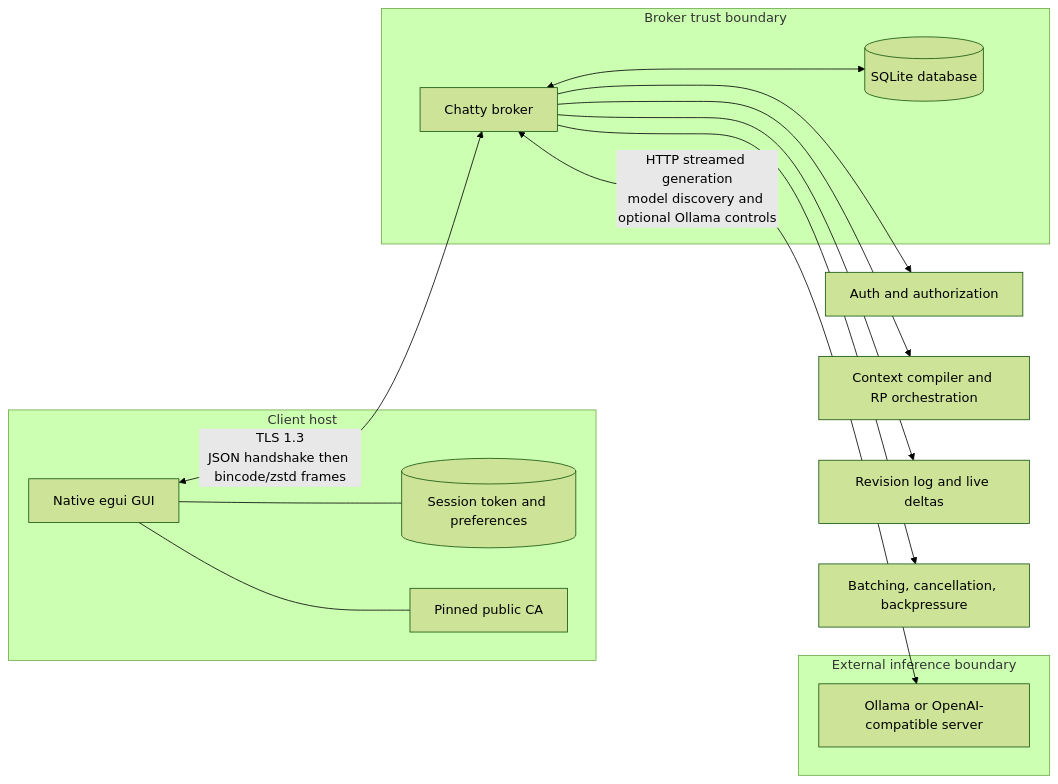
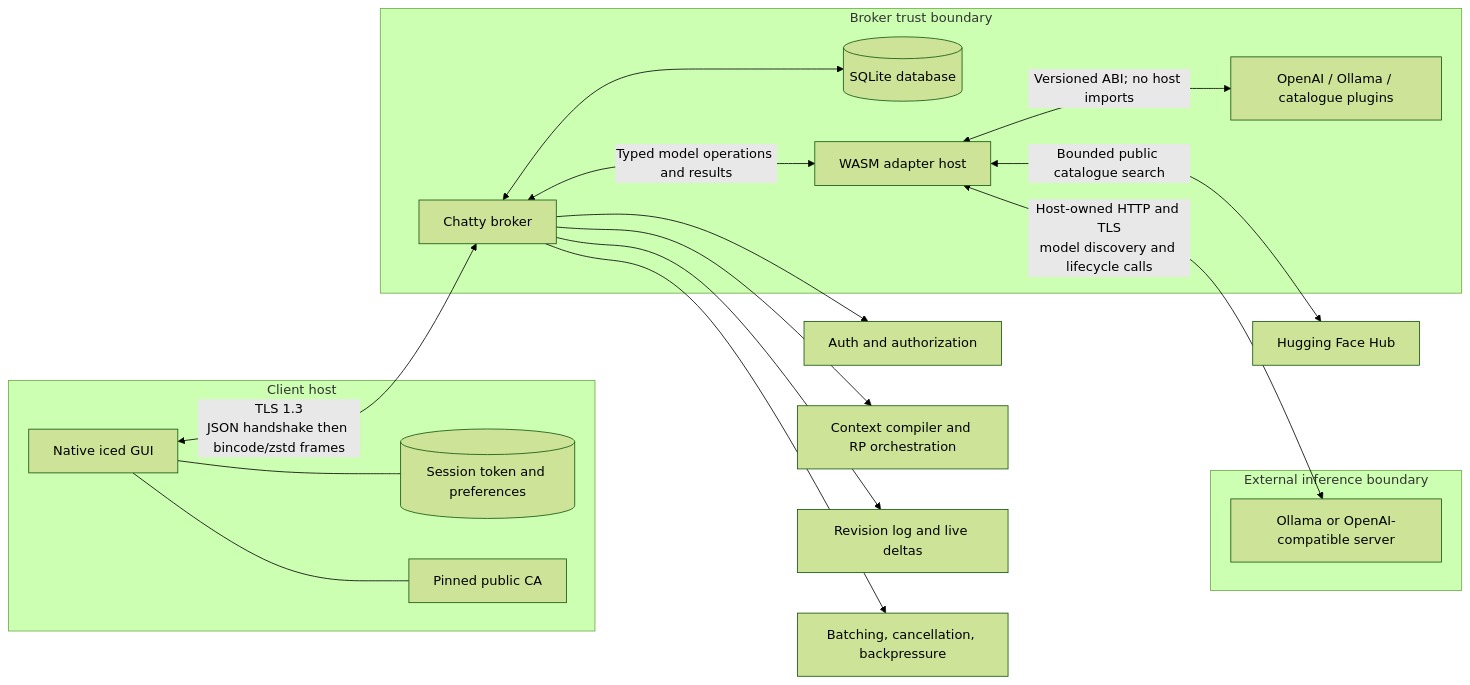
Before and after one commit to pheonixfirewingz/Chatty: the diagram in docs/architecture/diagram.mmd, drawn with Mermaid (forest theme). The commit also changed 67 other files, not shown here.

Commit message:
Add WebAssembly inference adapters and migrate GUI to iced

```diff
--- a/docs/architecture/diagram.mmd
+++ b/docs/architecture/diagram.mmd
@@ -1,26 +1,32 @@
 flowchart LR
     subgraph ClientHost[Client host]
-        GUI[Native egui GUI]
+        GUI[Native iced GUI]
         Session[(Session token and preferences)]
         CA[Pinned public CA]
         GUI --- Session
         GUI --- CA
     end
 
     subgraph BrokerHost[Broker trust boundary]
         Broker[Chatty broker]
         DB[(SQLite database)]
         Broker <--> DB
+        Adapters[WASM adapter host]
+        Plugins[OpenAI / Ollama / catalogue plugins]
+        Broker <-->|Typed model operations and results| Adapters
+        Adapters <-->|Versioned ABI; no host imports| Plugins
     end
 
     subgraph ModelHost[External inference boundary]
         Model[Ollama or OpenAI-compatible server]
     end
 
     GUI <-->|TLS 1.3\nJSON handshake then bincode/zstd frames| Broker
-    Broker <-->|HTTP streamed generation\nmodel discovery and optional Ollama controls| Model
+    Adapters <-->|Host-owned HTTP and TLS\nmodel discovery and lifecycle calls| Model
 
     Broker --> Auth[Auth and authorization]
     Broker --> RP[Context compiler and RP orchestration]
     Broker --> Sync[Revision log and live deltas]
     Broker --> Stream[Batching, cancellation, backpressure]
+
+    Adapters <-->|Bounded public catalogue search| Hub[Hugging Face Hub]
```
